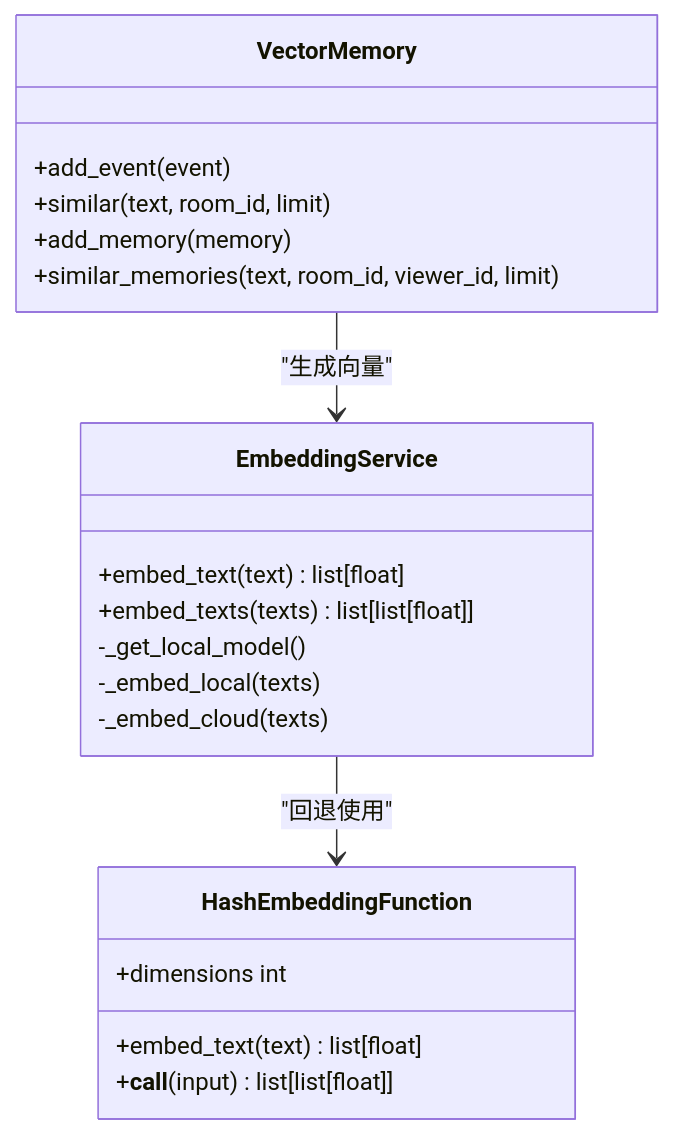
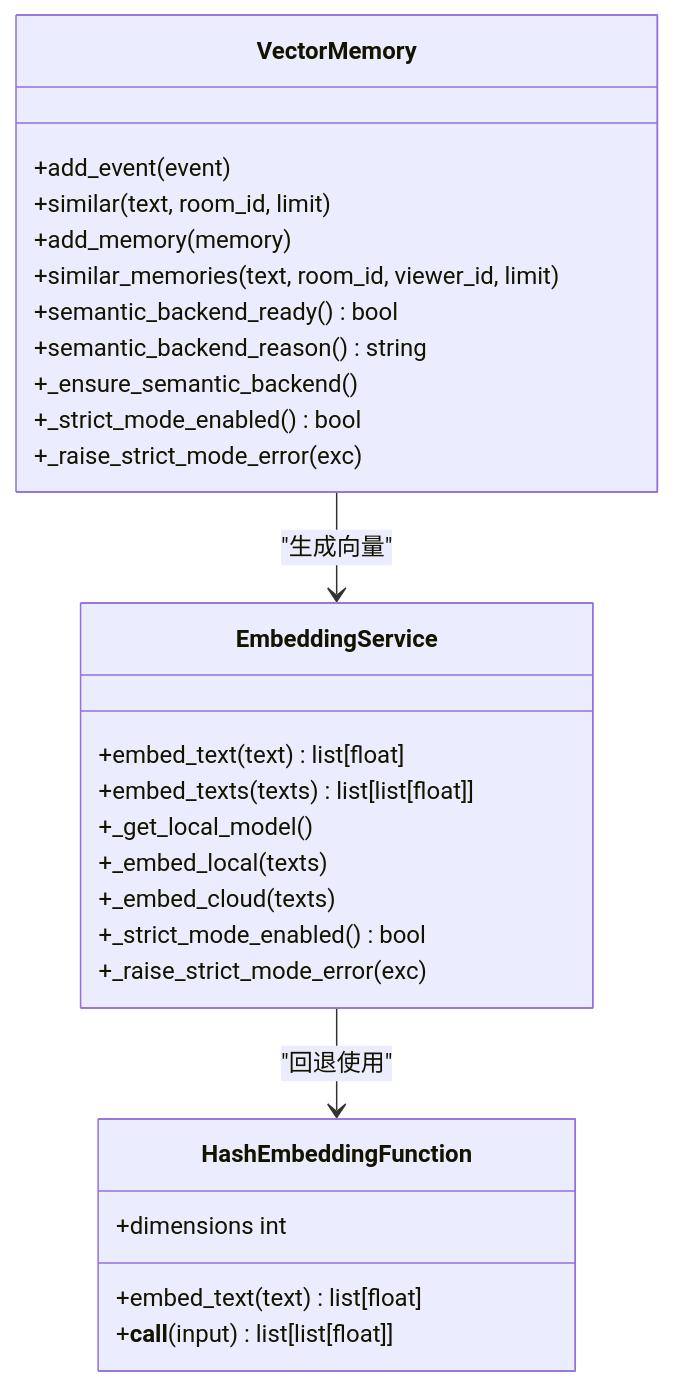
One commit to Moon-Force/DouYin_llm changed the fourth of 5 diagrams in .qoder/repowiki/zh/content/后端服务/内存管理系统/嵌入模型服务.md. Above: the diagram before and after it, drawn with Mermaid. The commit also changed other lines of this file and 17 other files, not shown here.

````diff
--- a/.qoder/repowiki/zh/content/后端服务/内存管理系统/嵌入模型服务.md
+++ b/.qoder/repowiki/zh/content/后端服务/内存管理系统/嵌入模型服务.md
@@ -181,23 +218,30 @@
 ```mermaid
 classDiagram
 class EmbeddingService {
 +embed_text(text) list[float]
 +embed_texts(texts) list[list[float]]
--_get_local_model()
--_embed_local(texts)
--_embed_cloud(texts)
++_get_local_model()
++_embed_local(texts)
++_embed_cloud(texts)
++_strict_mode_enabled() bool
++_raise_strict_mode_error(exc)
 }
 class HashEmbeddingFunction {
 +dimensions int
 +embed_text(text) list[float]
 +__call__(input) list[list[float]]
 }
 class VectorMemory {
 +add_event(event)
 +similar(text, room_id, limit)
 +add_memory(memory)
 +similar_memories(text, room_id, viewer_id, limit)
++semantic_backend_ready() bool
++semantic_backend_reason() string
++_ensure_semantic_backend()
++_strict_mode_enabled() bool
++_raise_strict_mode_error(exc)
 }
 EmbeddingService --> HashEmbeddingFunction : "回退使用"
 VectorMemory --> EmbeddingService : "生成向量"
 ```
````
